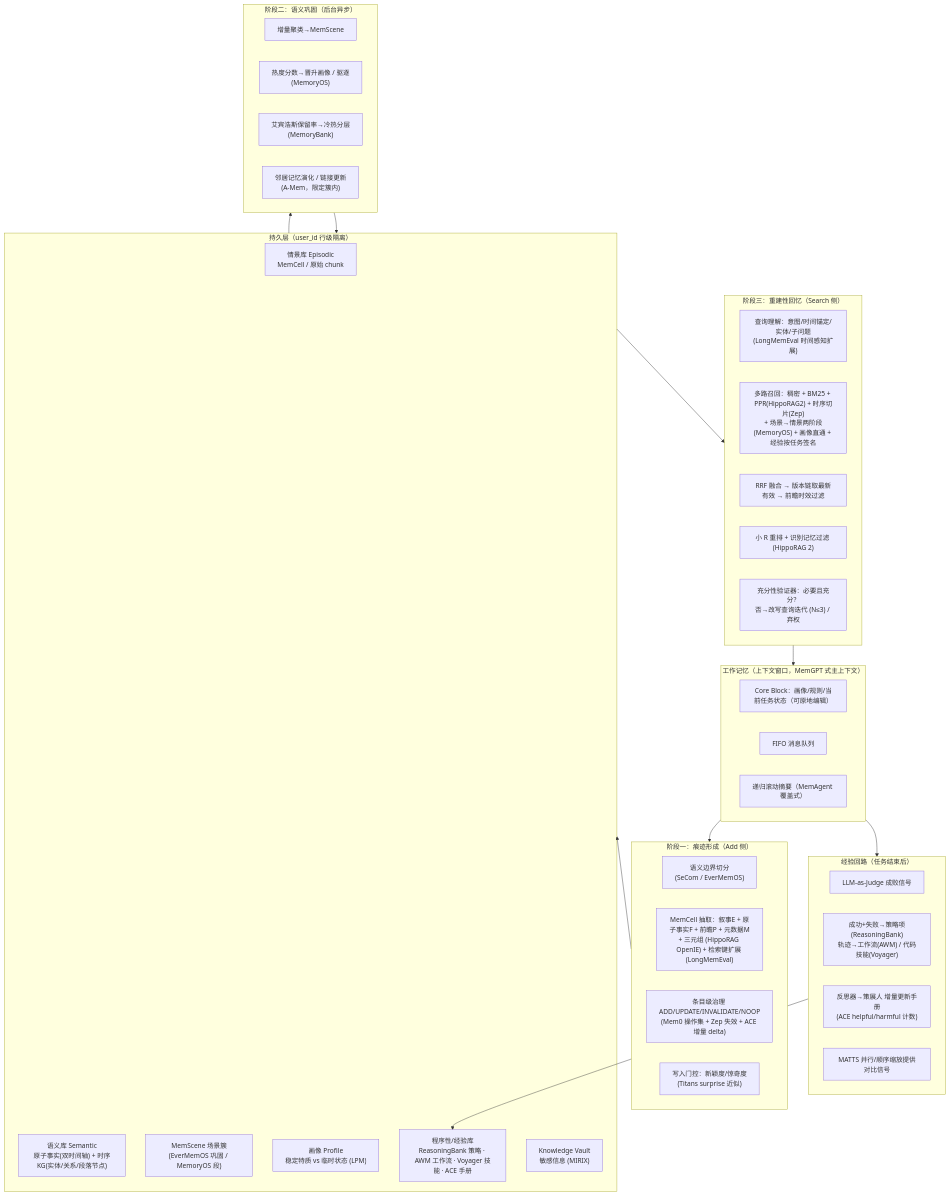
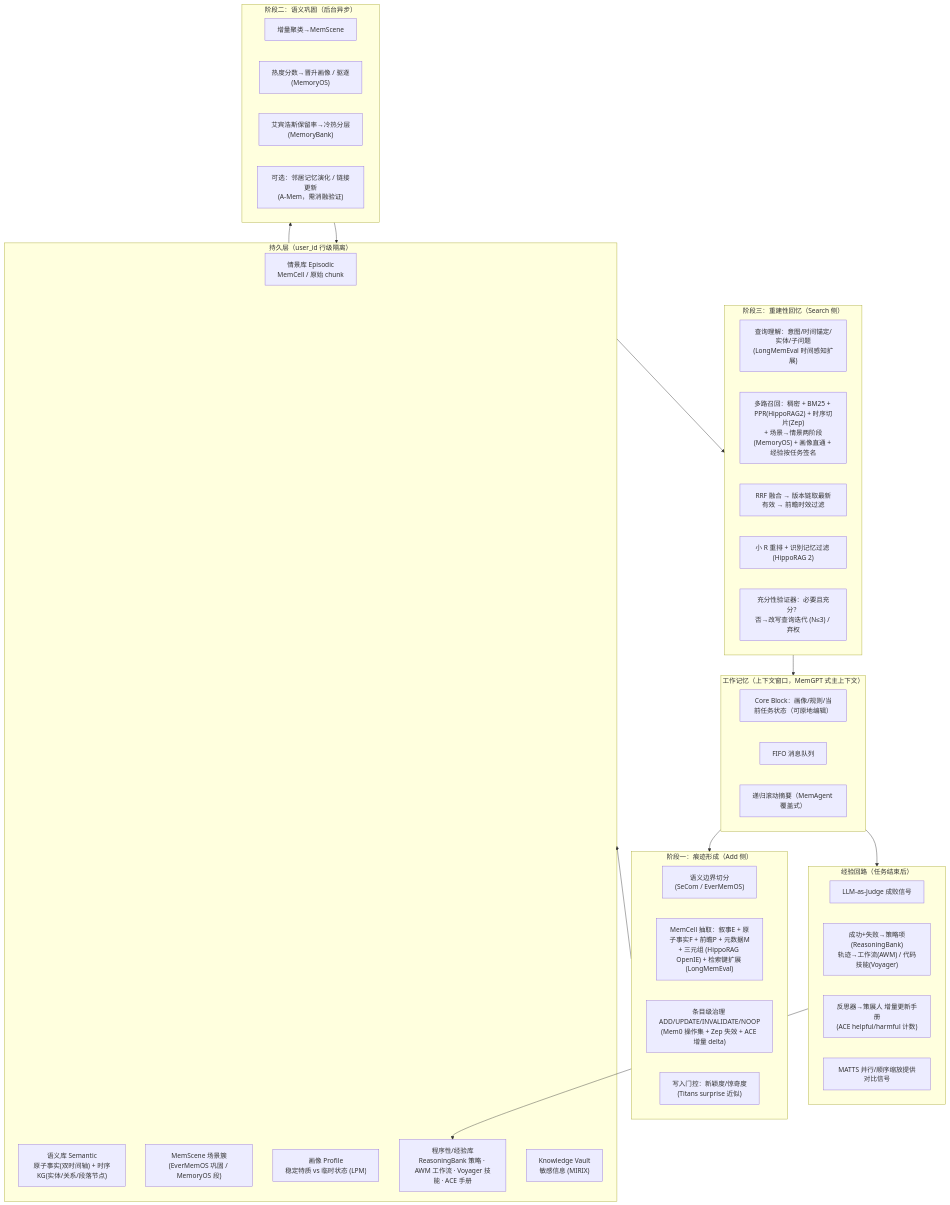
The diagram in llm-memory-survey/memory-system-design.md (followtheart/aml), drawn with Mermaid before and after one commit. The commit also changed other lines of this file and 26 other files, not shown here.

````diff
--- a/llm-memory-survey/memory-system-design.md
+++ b/llm-memory-survey/memory-system-design.md
@@ -32,51 +32,51 @@
 ```mermaid
 flowchart TB
   subgraph WM["工作记忆（上下文窗口，MemGPT 式主上下文）"]
     CORE["Core Block：画像/规则/当前任务状态（可原地编辑）"]
     FIFO["FIFO 消息队列"]
     RSUM["递归滚动摘要（MemAgent 覆盖式）"]
   end
 
   subgraph FORM["阶段一：痕迹形成（Add 侧）"]
     SEG["语义边界切分\n(SeCom / EverMemOS)"]
     EXT["MemCell 抽取：叙事E + 原子事实F + 前瞻P + 元数据M\n+ 三元组 (HippoRAG OpenIE) + 检索键扩展 (LongMemEval)"]
     GOV["条目级治理 ADD/UPDATE/INVALIDATE/NOOP\n(Mem0 操作集 + Zep 失效 + ACE 增量 delta)"]
     GATE["写入门控：新颖度/惊奇度\n(Titans surprise 近似)"]
   end
 
   subgraph STORE["持久层（user_id 行级隔离）"]
     EPI["情景库 Episodic\nMemCell / 原始 chunk"]
     SEM["语义库 Semantic\n原子事实(双时间轴) + 时序KG(实体/关系/段落节点)"]
     SCENE["MemScene 场景簇\n(EverMemOS 巩固 / MemoryOS 段)"]
     PROF["画像 Profile\n稳定特质 vs 临时状态 (LPM)"]
     PROC["程序性/经验库\nReasoningBank 策略 · AWM 工作流 · Voyager 技能 · ACE 手册"]
     VAULT["Knowledge Vault\n敏感信息 (MIRIX)"]
   end
 
   subgraph RECALL["阶段三：重建性回忆（Search 侧）"]
     QU["查询理解：意图/时间锚定/实体/子问题\n(LongMemEval 时间感知扩展)"]
     MULTI["多路召回：稠密 + BM25 + PPR(HippoRAG2) + 时序切片(Zep)\n+ 场景→情景两阶段(MemoryOS) + 画像直通 + 经验按任务签名"]
     FUSE["RRF 融合 → 版本链取最新有效 → 前瞻时效过滤"]
     RR["小 R 重排 + 识别记忆过滤 (HippoRAG 2)"]
     VERIFY["充分性验证器：必要且充分？\n否→改写查询迭代 (N≤3) / 弃权"]
   end
 
   subgraph CONSOL["阶段二：语义巩固（后台异步）"]
     CLUSTER["增量聚类→MemScene"]
     HEAT["热度分数→晋升画像 / 驱逐\n(MemoryOS)"]
     FORGET["艾宾浩斯保留率→冷热分层\n(MemoryBank)"]
-    EVOLVE["邻居记忆演化 / 链接更新\n(A-Mem，限定簇内)"]
+    EVOLVE["可选：邻居记忆演化 / 链接更新\n(A-Mem，需消融验证)"]
   end
 
   subgraph LEARN["经验回路（任务结束后）"]
     JUDGE["LLM-as-Judge 成败信号"]
     DISTILL["成功+失败→策略项(ReasoningBank)\n轨迹→工作流(AWM) / 代码技能(Voyager)"]
     CURATE["反思器→策展人 增量更新手册\n(ACE helpful/harmful 计数)"]
     MATTS["MATTS 并行/顺序缩放提供对比信号"]
   end
 
   WM --> FORM --> STORE
   STORE --> CONSOL --> STORE
   STORE --> RECALL --> WM
   WM --> LEARN --> PROC
 ```
````
